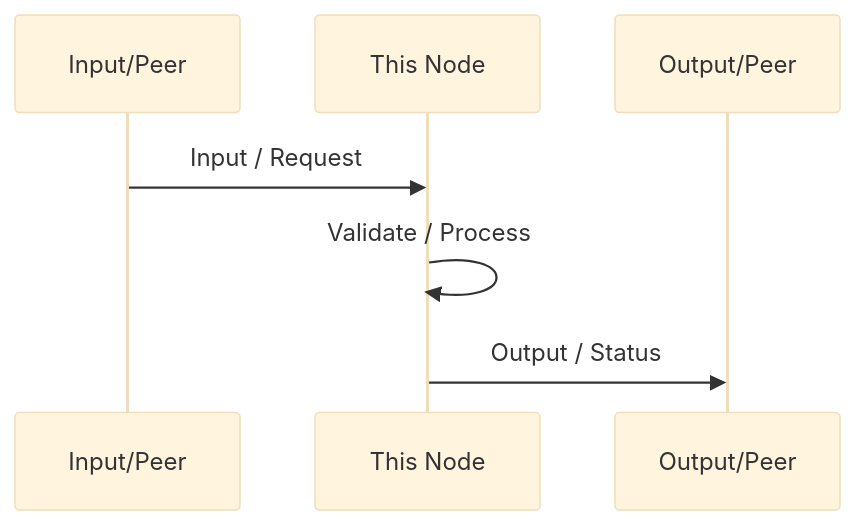
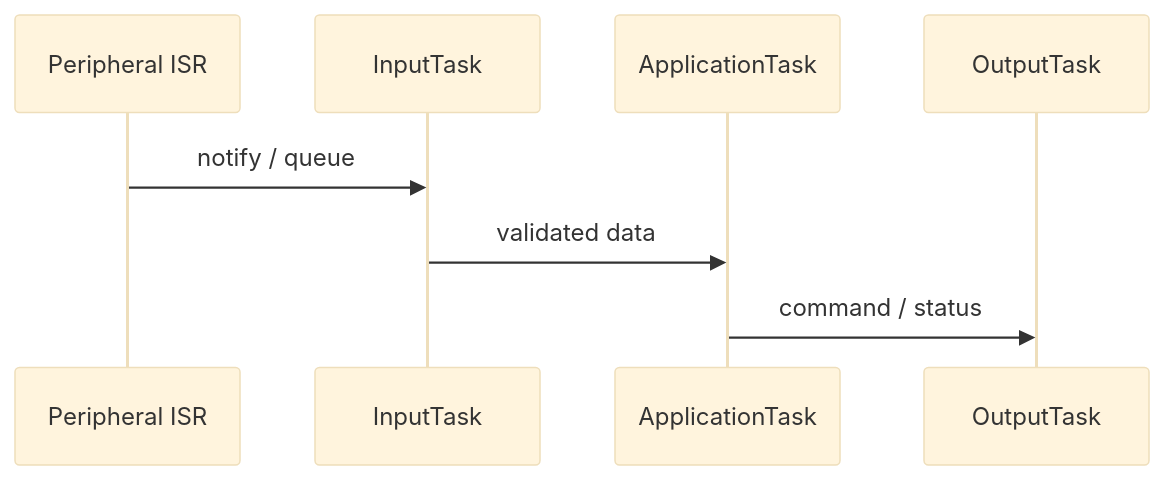
One commit to sunmaan22/SDV_MCU_Project changed the second of 4 diagrams in docs/templates/SOFTWARE_ARCHITECTURE_TEMPLATE.md. Above: the diagram before and after it, drawn with Mermaid (base theme). The commit also changed other lines of this file and 10 other files, not shown here.

Commit message:
docs: apply FreeRTOS architecture policy across active documentation

````diff
--- a/docs/templates/SOFTWARE_ARCHITECTURE_TEMPLATE.md
+++ b/docs/templates/SOFTWARE_ARCHITECTURE_TEMPLATE.md
@@ -149,9 +205,10 @@
 ```mermaid
 sequenceDiagram
-    participant IN as Input/Peer
-    participant APP as This Node
-    participant OUT as Output/Peer
-    IN->>APP: Input / Request
-    APP->>APP: Validate / Process
-    APP->>OUT: Output / Status
+    participant ISR as Peripheral ISR
+    participant IN as InputTask
+    participant APP as ApplicationTask
+    participant OUT as OutputTask
+    ISR->>IN: notify / queue
+    IN->>APP: validated data
+    APP->>OUT: command / status
 ```
````
